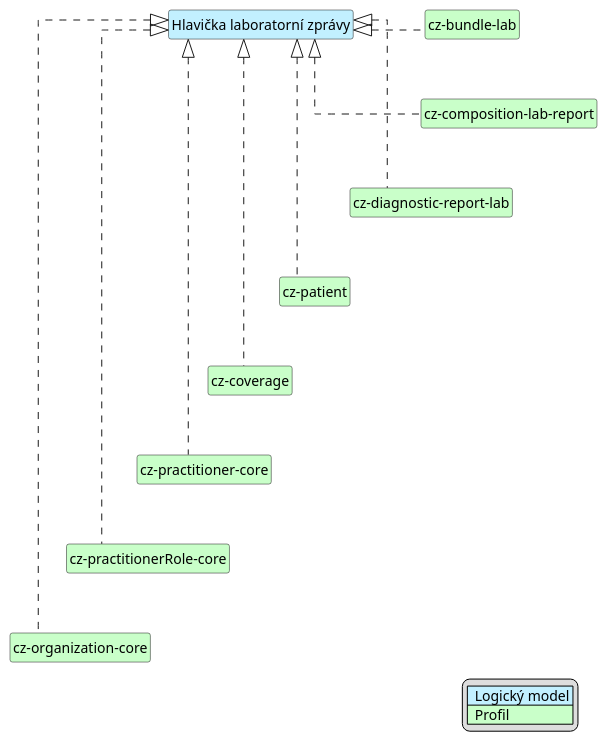
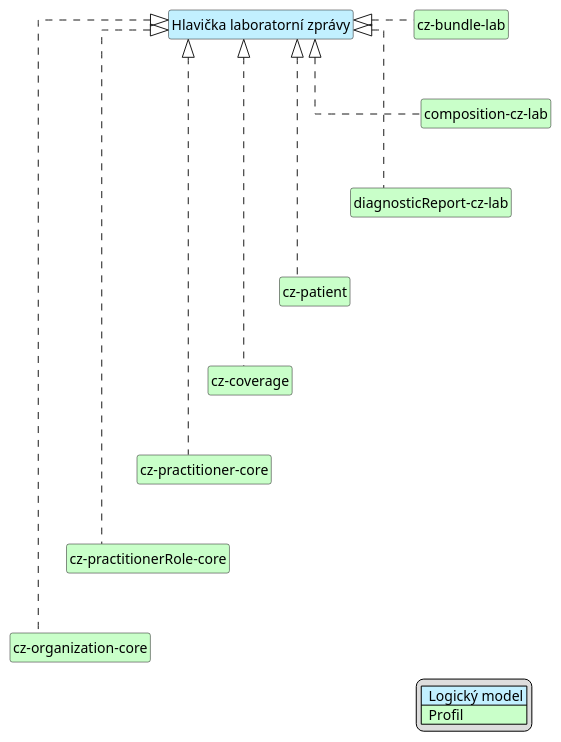
The diagram in input/images-source/labReportHead-map-cs.plantuml (HL7-cz/cz-lab), drawn with PlantUML before and after one commit. The commit also changed 3 other files, not shown here.

```diff
--- a/input/images-source/labReportHead-map-cs.plantuml
+++ b/input/images-source/labReportHead-map-cs.plantuml
@@ -1,42 +1,42 @@
 @startuml labReportHead-map-cs
 hide circle
 hide stereotype
 hide members
 hide methods
 skinparam linetype ortho
 skinparam class {
 BackgroundColor<<LogicalModel>> #APPLICATION
 BackgroundColor<<Profile>> #TECHNOLOGY
 }
 legend right
 | <#APPLICATION>  Logický model |
 | <#TECHNOLOGY>  Profil |
 endlegend
 class "Hlavička laboratorní zprávy" <<LogicalModel>> [[StructureDefinition-LogLabReportCz.html]]
 
 class "cz-bundle-lab" <<Profile>> [[StructureDefinition-cz-bundle-lab.html]]
-class "cz-composition-lab-report" <<Profile>> [[StructureDefinition-cz-composition-lab-report.html]]
-class "cz-diagnostic-report-lab" <<Profile>> [[StructureDefinition-cz-diagnostic-report-lab.html]]
+class "composition-cz-lab" <<Profile>> [[StructureDefinition-composition-cz-lab.html]]
+class "diagnosticReport-cz-lab" <<Profile>> [[StructureDefinition-diagnosticReport-cz-lab.html]]
 class "cz-patient" <<Profile>> [[https://build.fhir.org/ig/HL7-cz/cz-core/StructureDefinition-cz-patient-core.html]]
 class "cz-coverage" <<Profile>> [[https://build.fhir.org/ig/HL7-cz/cz-core/StructureDefinition-cz-coverage.html]]
 class "cz-practitioner-core" <<Profile>> [[https://build.fhir.org/ig/HL7-cz/cz-core/StructureDefinition-cz-practitioner-core.html]]
 class "cz-practitionerRole-core" <<Profile>> [[https://build.fhir.org/ig/HL7-cz/cz-core/StructureDefinition-cz-practitioner-role-core.html]]
 class "cz-organization-core" <<Profile>> [[https://build.fhir.org/ig/HL7-cz/cz-core/StructureDefinition-cz-organization-core.html]]
 
 "Hlavička laboratorní zprávy" <|. "cz-bundle-lab"
-"Hlavička laboratorní zprávy" <|. "cz-composition-lab-report"
-"Hlavička laboratorní zprávy" <|. "cz-diagnostic-report-lab"
+"Hlavička laboratorní zprávy" <|. "composition-cz-lab"
+"Hlavička laboratorní zprávy" <|. "diagnosticReport-cz-lab"
 "Hlavička laboratorní zprávy" <|. "cz-patient"
 "Hlavička laboratorní zprávy" <|. "cz-coverage"
 "Hlavička laboratorní zprávy" <|. "cz-practitioner-core"
 "Hlavička laboratorní zprávy" <|. "cz-practitionerRole-core"
 "Hlavička laboratorní zprávy" <|. "cz-organization-core"
 
-"cz-bundle-lab" -d[hidden]-> "cz-composition-lab-report"
-"cz-composition-lab-report" -d[hidden]-> "cz-diagnostic-report-lab"
-"cz-diagnostic-report-lab" -d[hidden]-> "cz-patient"
+"cz-bundle-lab" -d[hidden]-> "composition-cz-lab"
+"composition-cz-lab" -d[hidden]-> "diagnosticReport-cz-lab"
+"diagnosticReport-cz-lab" -d[hidden]-> "cz-patient"
 "cz-patient" -d[hidden]-> "cz-coverage"
 "cz-coverage" -d[hidden]-> "cz-practitioner-core"
 "cz-practitioner-core" -d[hidden]-> "cz-practitionerRole-core"
 "cz-practitionerRole-core" -d[hidden]-> "cz-organization-core"
 @enduml
```
